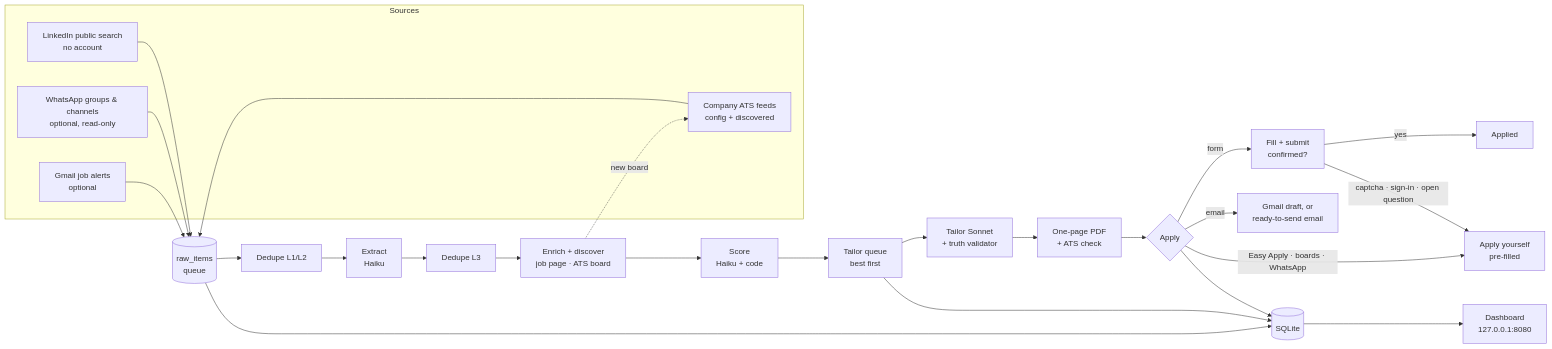
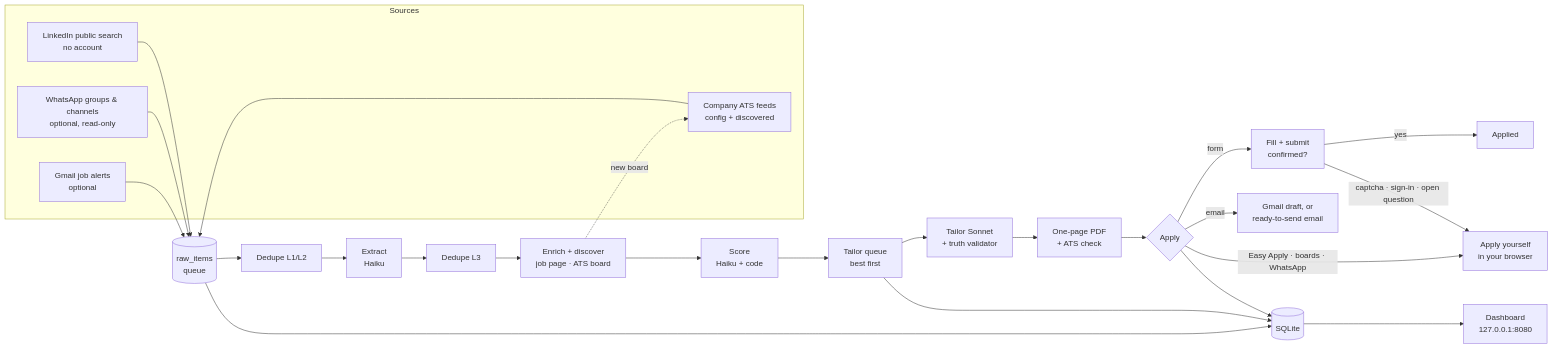
Before and after one commit to ahmeddhussain/job-agent: the diagram in README.md, drawn with Mermaid. The commit also changed other lines of this file and 8 other files, not shown here.

````diff
--- a/README.md
+++ b/README.md
@@ -136,26 +137,26 @@
 ```mermaid
 flowchart LR
   subgraph Sources
     LI[LinkedIn public search<br/>no account]
     ATS[Company ATS feeds<br/>config + discovered]
     WA[WhatsApp groups & channels<br/>optional, read-only]
     GM[Gmail job alerts<br/>optional]
   end
   LI & ATS & WA & GM --> RAW[(raw_items<br/>queue)]
   RAW --> D12[Dedupe L1/L2]
   D12 --> EX[Extract<br/>Haiku]
   EX --> D3[Dedupe L3]
   D3 --> EN[Enrich + discover<br/>job page · ATS board]
   EN -. new board .-> ATS
   EN --> SC[Score<br/>Haiku + code]
   SC --> TQ[Tailor queue<br/>best first]
   TQ --> TL[Tailor Sonnet<br/>+ truth validator]
   TL --> PDF[One-page PDF<br/>+ ATS check]
   PDF --> AP{Apply}
   AP -->|form| FM[Fill + submit<br/>confirmed?]
   FM -->|yes| APPLIED[Applied]
-  FM -->|captcha · sign-in · open question| AY[Apply yourself<br/>pre-filled]
+  FM -->|captcha · sign-in · open question| AY[Apply yourself<br/>in your browser]
   AP -->|email| DR[Gmail draft, or<br/>ready-to-send email]
   AP -->|Easy Apply · boards · WhatsApp| AY
   RAW & TQ & AP --> DB[(SQLite)] --> DASH[Dashboard<br/>127.0.0.1:8080]
 ```
````
